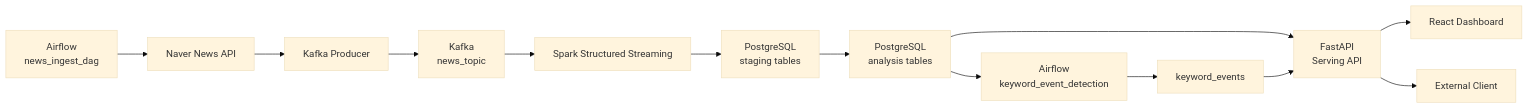
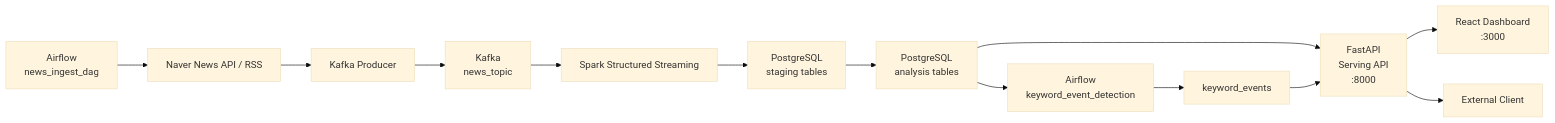
The first of 2 diagrams in docs/develop/Q5_SERVING.md (yeongmin-yu/news-trend-pipeline-dev), drawn with Mermaid (base theme) before and after one commit. The commit also changed other lines of this file and 17 other files, not shown here.

````diff
--- a/docs/develop/Q5_SERVING.md
+++ b/docs/develop/Q5_SERVING.md
@@ -40,17 +40,17 @@
 ```mermaid
 flowchart LR
-    A["Airflow<br/>news_ingest_dag"] --> B["Naver News API"]
+    A["Airflow<br/>news_ingest_dag"] --> B["Naver News API / RSS"]
     B --> C["Kafka Producer"]
     C --> D["Kafka<br/>news_topic"]
     D --> E["Spark Structured Streaming"]
     E --> F["PostgreSQL<br/>staging tables"]
     F --> G["PostgreSQL<br/>analysis tables"]
 
-    G --> H["FastAPI<br/>Serving API"]
-    H --> I["React Dashboard"]
+    G --> H["FastAPI<br/>Serving API<br/>:8000"]
+    H --> I["React Dashboard<br/>:3000"]
     H --> J["External Client"]
 
     K["Airflow<br/>keyword_event_detection"] --> L["keyword_events"]
     G --> K
     L --> H
 ```
````
